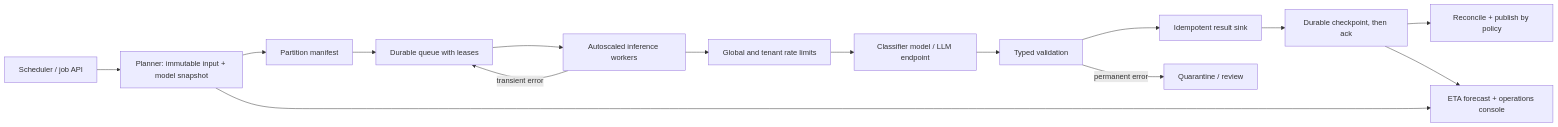
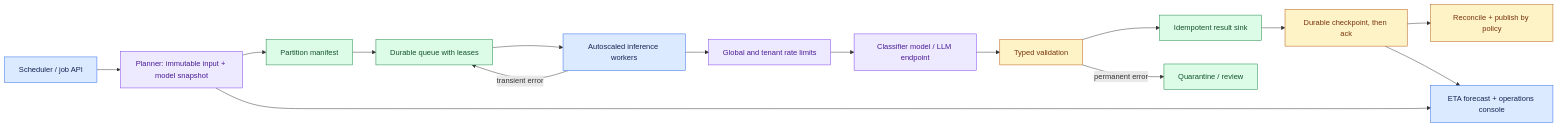
One commit to Sourav692/Forward-Deployed-Engineer-Interview-Prep changed the diagram in site/content/modules/15-fde-case-studies/platforms-and-scale/high-volume-batch-pipeline/main.md. Above: the diagram before and after it, drawn with Mermaid. The commit also changed other lines of this file and 1268 other files, not shown here.

First line of the commit message:
content: polish Casebook writing and Mermaid diagrams (#251)

````diff
--- a/site/content/modules/15-fde-case-studies/platforms-and-scale/high-volume-batch-pipeline/main.md
+++ b/site/content/modules/15-fde-case-studies/platforms-and-scale/high-volume-batch-pipeline/main.md
@@ -75,17 +75,27 @@
 ```mermaid
 flowchart LR
   A[Scheduler / job API] --> B[Planner: immutable input + model snapshot]
   B --> C[Partition manifest]
   C --> Q[Durable queue with leases]
   Q --> W[Autoscaled inference workers]
   W --> R[Global and tenant rate limits]
   R --> M[Classifier model / LLM endpoint]
   M --> V[Typed validation]
   V --> S[Idempotent result sink]
   S --> K[Durable checkpoint, then ack]
   V -->|permanent error| D[Quarantine / review]
   W -->|transient error| Q
   K --> E[Reconcile + publish by policy]
   B --> F[ETA forecast + operations console]
   K --> F
+
+    %% Casebook colours: entry, reasoning, results, controls, and stopped paths.
+    classDef cbInput fill:#dbeafe,stroke:#2563eb,color:#172554
+    class A,W,F cbInput
+    classDef cbReason fill:#ede9fe,stroke:#7c3aed,color:#4c1d95
+    class B,R,M cbReason
+    classDef cbAction fill:#dcfce7,stroke:#15803d,color:#14532d
+    class C,Q,S,D cbAction
+    classDef cbPolicy fill:#fef3c7,stroke:#b45309,color:#78350f
+    class V,K,E cbPolicy
 ```
````
